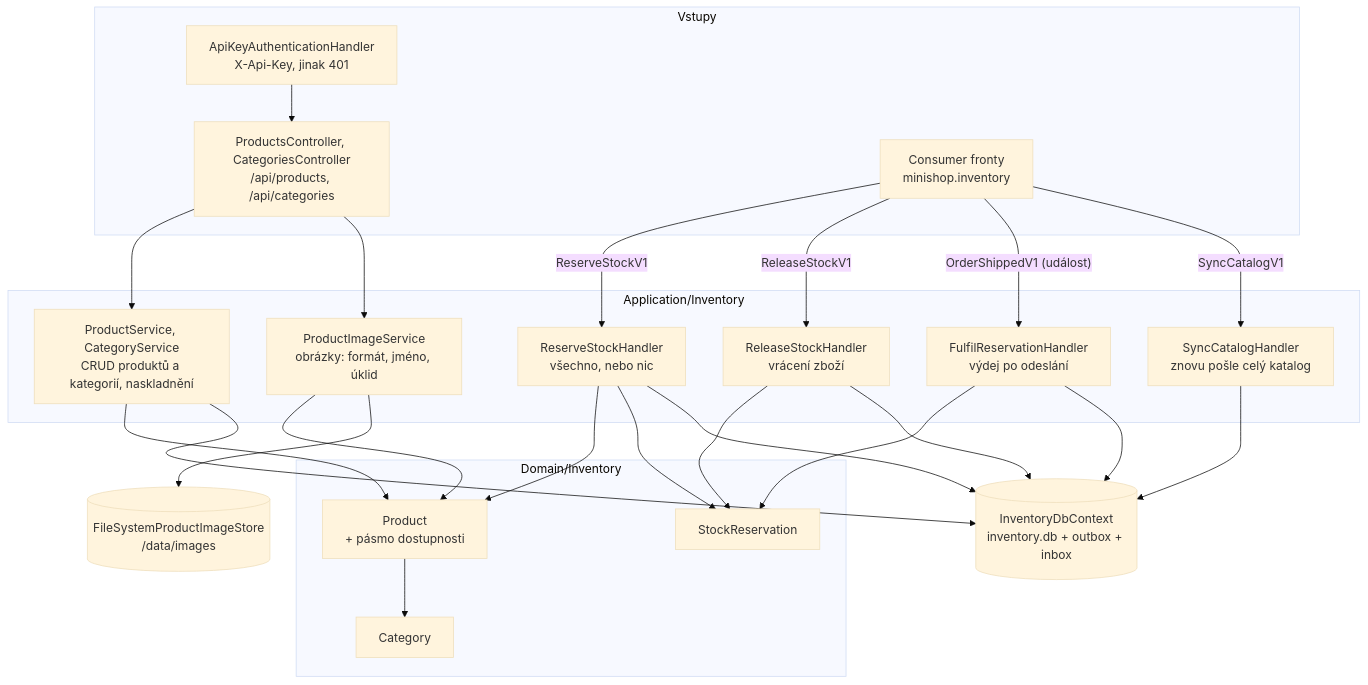
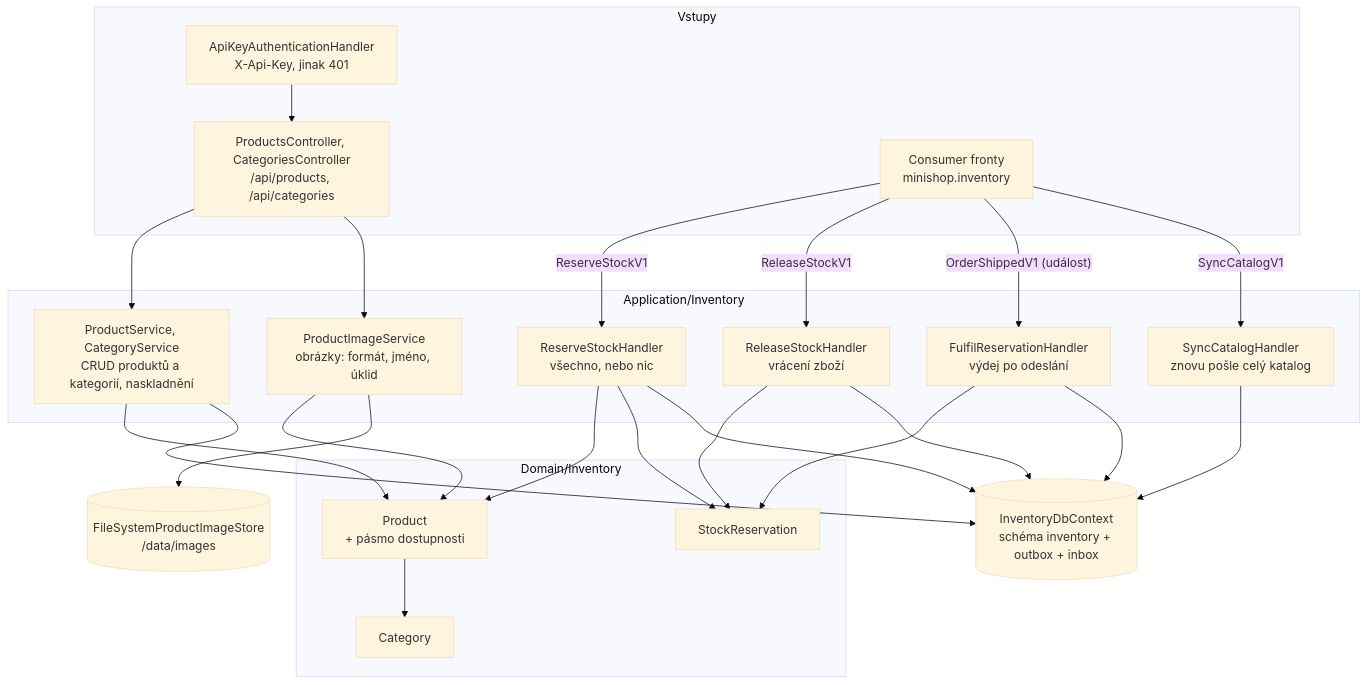
The diagram in docs/prirucka/architektura/moduly/inventory.md (ftichy/MiniShop), drawn with Mermaid (base theme) before and after one commit. The commit also changed other lines of this file and 248 other files, not shown here.

````diff
--- a/docs/prirucka/architektura/moduly/inventory.md
+++ b/docs/prirucka/architektura/moduly/inventory.md
@@ -12,55 +12,55 @@
 ```mermaid
 flowchart TB
     subgraph entry["Vstupy"]
         key["ApiKeyAuthenticationHandler<br/>X-Api-Key, jinak 401"]
         rest["ProductsController, CategoriesController<br/>/api/products, /api/categories"]
         consumer["Consumer fronty<br/>minishop.inventory"]
     end
 
     subgraph app["Application/Inventory"]
         svc["ProductService, CategoryService<br/>CRUD produktů a kategorií, naskladnění"]
         reserve["ReserveStockHandler<br/>všechno, nebo nic"]
         release["ReleaseStockHandler<br/>vrácení zboží"]
         fulfil["FulfilReservationHandler<br/>výdej po odeslání"]
         syncH["SyncCatalogHandler<br/>znovu pošle celý katalog"]
         images["ProductImageService<br/>obrázky: formát, jméno, úklid"]
     end
 
     subgraph domain["Domain/Inventory"]
         product["Product<br/>+ pásmo dostupnosti"]
         category["Category"]
         reservation["StockReservation"]
     end
 
-    db[("InventoryDbContext<br/>inventory.db + outbox + inbox")]
+    db[("InventoryDbContext<br/>schéma inventory + outbox + inbox")]
     files[("FileSystemProductImageStore<br/>/data/images")]
 
     key --> rest
     rest --> svc
     rest --> images
     images --> product
     images --> files
     consumer -->|ReserveStockV1| reserve
     consumer -->|ReleaseStockV1| release
     consumer -->|"OrderShippedV1 (událost)"| fulfil
     consumer -->|SyncCatalogV1| syncH
     svc --> product
     product --> category
     reserve --> product
     reserve --> reservation
     release --> reservation
     fulfil --> reservation
     svc --> db
     reserve --> db
     release --> db
     fulfil --> db
     syncH --> db
 
     click reserve "/Docs/toky/vytvoreni-objednavky"
     click release "/Docs/toky/zruseni-a-vyrizeni"
     click fulfil "/Docs/toky/expedice"
     click syncH "/Docs/toky/obnova-katalogu"
     click db "/Docs/eda/outbox"
     click consumer "/Docs/eda/broker"
     click svc "/Docs/toky/zmena-produktu"
 ```
````
